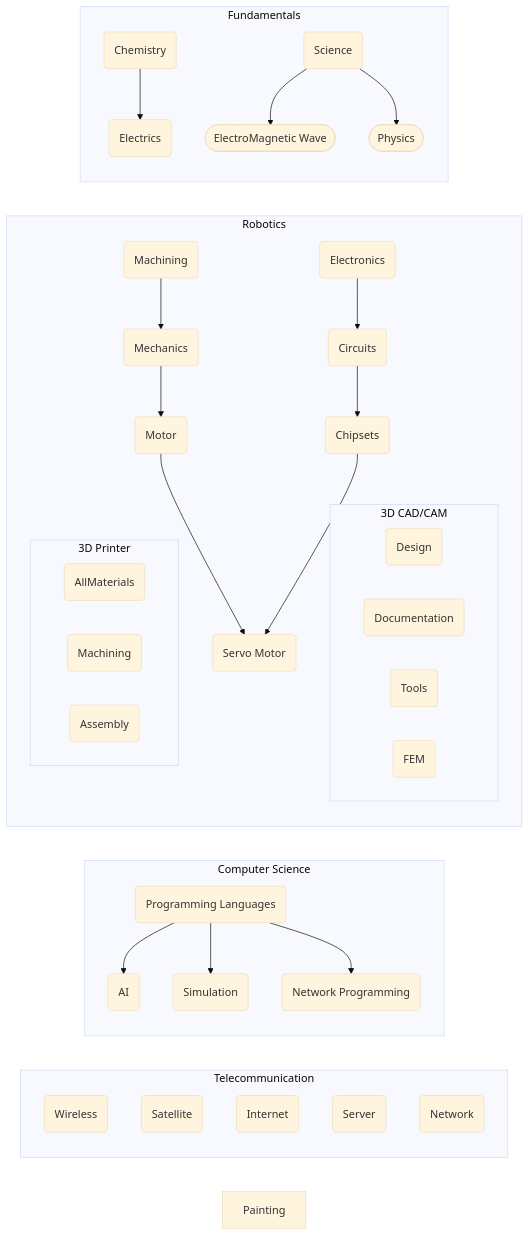
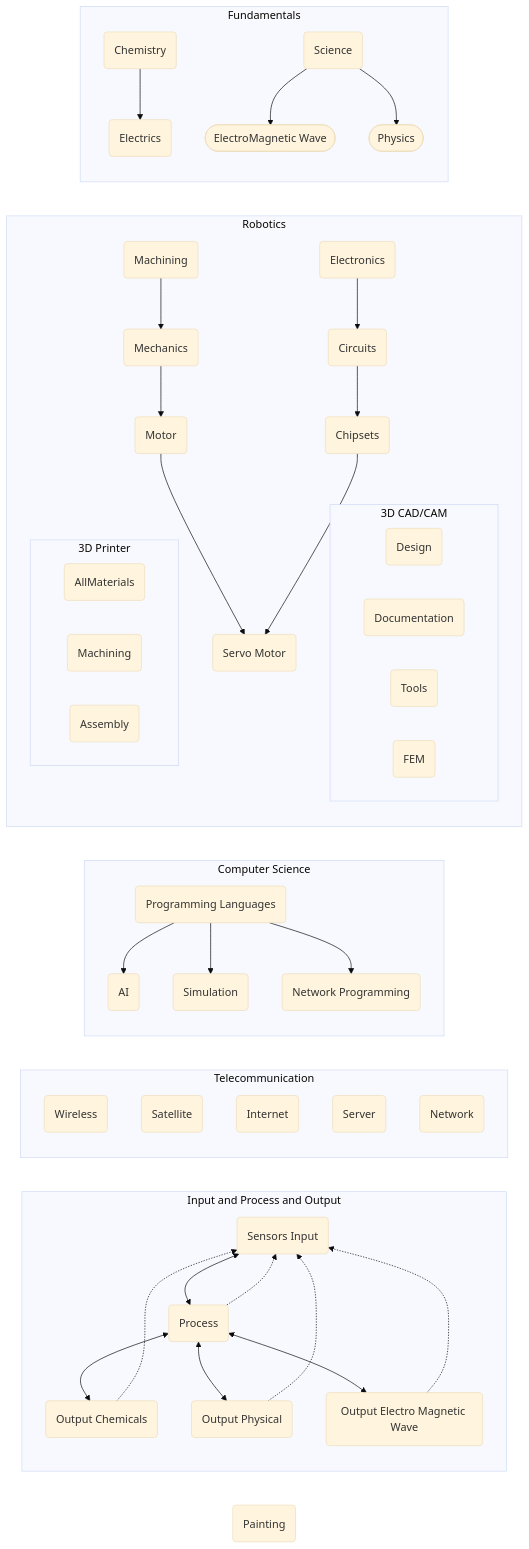
One commit to nihonXIM/XIR changed the diagram in README.md. Above: the diagram before and after it, drawn with Mermaid (base theme).

Commit message:
始め

````diff
--- a/README.md
+++ b/README.md
@@ -21,7 +21,31 @@
 ```mermaid
 flowchart LR
-    
-    Painting
+PT(Painting)
+
+
+
+    subgraph Input and Process and Output
+        SEI(Sensors Input)
+        PRO(Process)
+        CHO(Output Chemicals)
+        PHO(Output Physical)
+        CEMO(Output Electro Magnetic Wave)
+        SEI <--> PRO
+        PRO <--> CHO
+        PRO <--> PHO
+        PRO <--> CEMO
+
+        
+        
+        
+        
+
+        PRO -.-> SEI
+        CHO -.-> SEI
+        PHO -.-> SEI
+        CEMO -.-> SEI
+    end
+
     subgraph Telecommunication
         WIRL(Wireless)
         SAT(Satellite)
````
